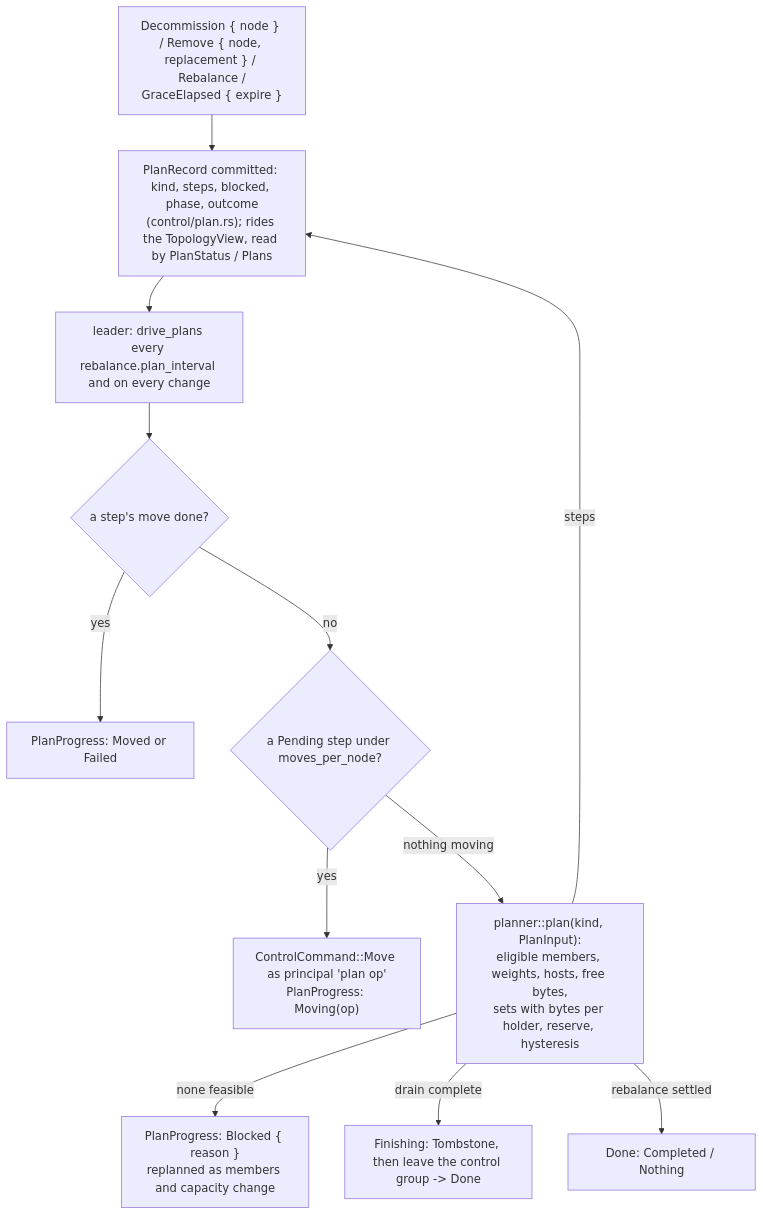
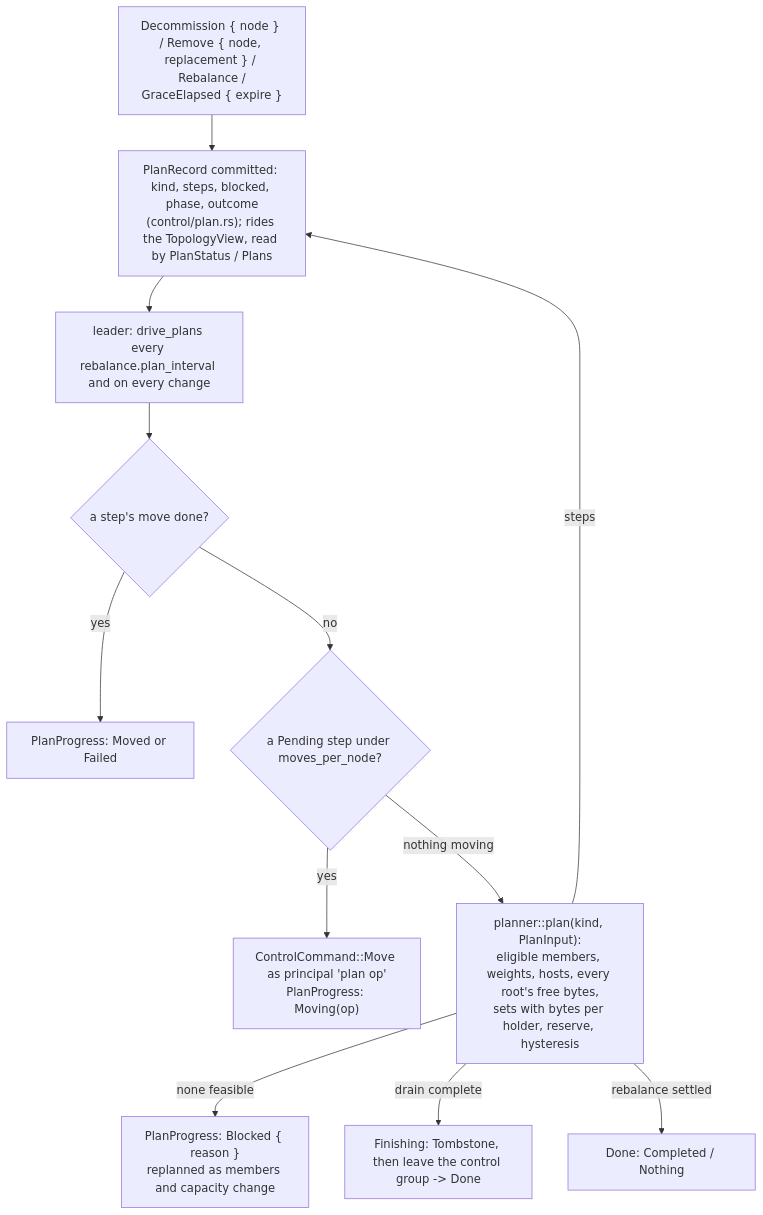
One commit to mjcarson/shoal changed the second of 3 diagrams in docs/src/distributed/rebalancing.md. Above: the diagram before and after it, drawn with Mermaid. The commit also changed other lines of this file and 46 other files, not shown here.

````diff
--- a/docs/src/distributed/rebalancing.md
+++ b/docs/src/distributed/rebalancing.md
@@ -73,14 +73,14 @@
 ```mermaid
 flowchart TB
     op["Decommission { node } / Remove { node, replacement } / Rebalance /<br/>GraceElapsed { expire }"] --> rec["PlanRecord committed: kind, steps, blocked, phase, outcome<br/>(control/plan.rs); rides the TopologyView, read by PlanStatus / Plans"]
     rec --> tick["leader: drive_plans every rebalance.plan_interval and on every change"]
     tick --> done{"a step's move done?"}
     done -- yes --> mark["PlanProgress: Moved or Failed"]
     done -- no --> pend{"a Pending step under moves_per_node?"}
     pend -- yes --> mv["ControlCommand::Move as principal 'plan op'<br/>PlanProgress: Moving(op)"]
-    pend -- "nothing moving" --> plan["planner::plan(kind, PlanInput):<br/>eligible members, weights, hosts, free bytes,<br/>sets with bytes per holder, reserve, hysteresis"]
+    pend -- "nothing moving" --> plan["planner::plan(kind, PlanInput):<br/>eligible members, weights, hosts, every root's free bytes,<br/>sets with bytes per holder, reserve, hysteresis"]
     plan -- steps --> rec
     plan -- "none feasible" --> blk["PlanProgress: Blocked { reason }<br/>replanned as members and capacity change"]
     plan -- "drain complete" --> fin["Finishing: Tombstone, then leave the control group -> Done"]
     plan -- "rebalance settled" --> ok["Done: Completed / Nothing"]
 ```
````
